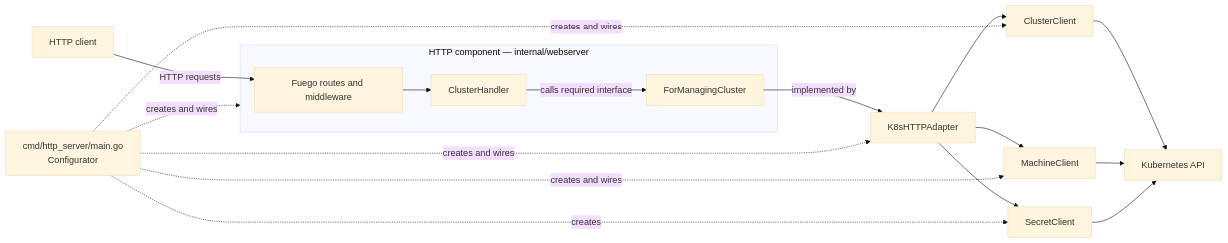
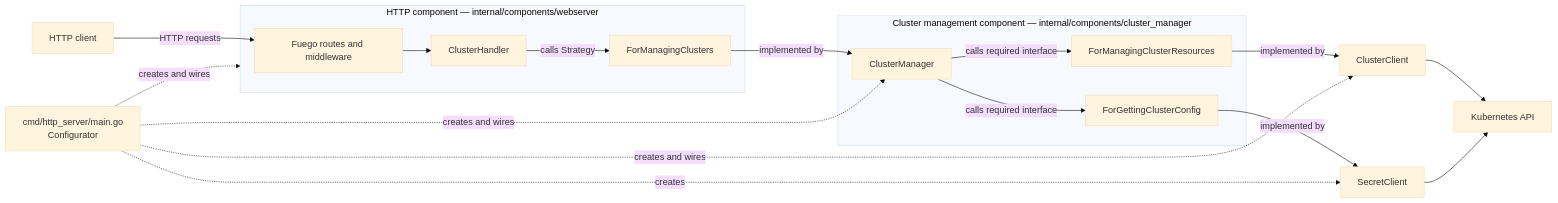
The diagram in architecture.md (vatesfr/vmk-engine), drawn with Mermaid (base theme) before and after one commit. The commit also changed other lines of this file and 18 other files, not shown here.

````diff
--- a/architecture.md
+++ b/architecture.md
@@ -34,23 +50,28 @@
 ```mermaid
 flowchart LR
     client[HTTP client] -->|HTTP requests| fuego[Fuego routes and middleware]
 
-    subgraph http[HTTP component — internal/webserver]
+    subgraph http[HTTP component — internal/components/webserver]
         fuego --> handlers[ClusterHandler]
-        handlers -->|calls required interface| port[ForManagingCluster]
+        handlers -->|calls Strategy| port[ForManagingClusters]
     end
 
-    port -->|implemented by| adapter[K8sHTTPAdapter]
-    adapter --> clusters[ClusterClient]
-    adapter --> machines[MachineClient]
-    adapter --> secrets[SecretClient]
+    subgraph clustercomponent[Cluster management component — internal/components/cluster_manager]
+        manager[ClusterManager]
+        clusterport[ForManagingClusterResources]
+        configport[ForGettingClusterConfig]
+        manager -->|calls required interface| clusterport
+        manager -->|calls required interface| configport
+    end
+
+    port -->|implemented by| manager
+    clusterport -->|implemented by| clusters[ClusterClient]
+    configport -->|implemented by| secrets[SecretClient]
     clusters --> api[Kubernetes API]
-    machines --> api
     secrets --> api
 
     configurator[cmd/http_server/main.go\nConfigurator] -. creates and wires .-> http
-    configurator -. creates and wires .-> adapter
+    configurator -. creates and wires .-> manager
     configurator -. creates and wires .-> clusters
-    configurator -. creates and wires .-> machines
     configurator -. creates .-> secrets
 ```
````
